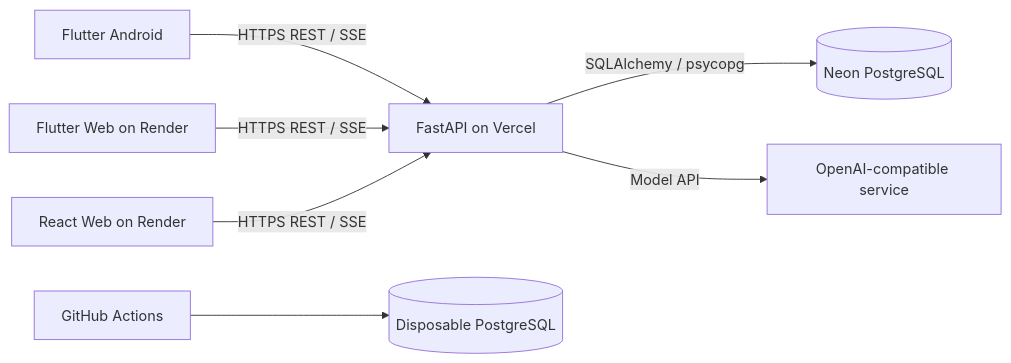
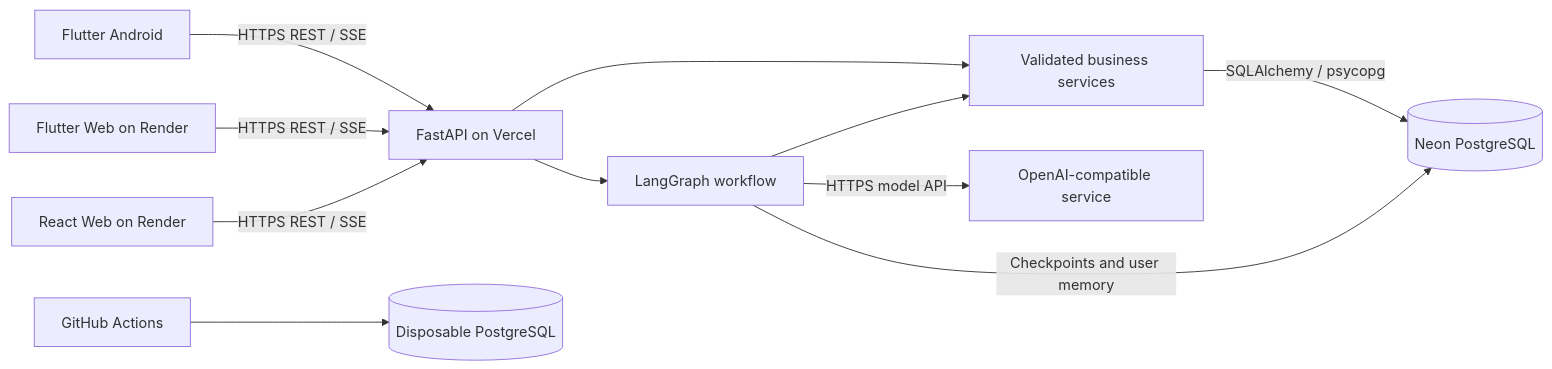
The diagram in README.md (syan349/sayfridge), drawn with Mermaid before and after one commit. The commit also changed other lines of this file and 5 other files, not shown here.

````diff
--- a/README.md
+++ b/README.md
@@ -74,9 +120,13 @@
 ```mermaid
 flowchart LR
     Android[Flutter Android] -->|HTTPS REST / SSE| API[FastAPI on Vercel]
     MobileWeb[Flutter Web on Render] -->|HTTPS REST / SSE| API
     Web[React Web on Render] -->|HTTPS REST / SSE| API
-    API -->|SQLAlchemy / psycopg| DB[(Neon PostgreSQL)]
-    API -->|Model API| AI[OpenAI-compatible service]
+    API --> Services[Validated business services]
+    Services -->|SQLAlchemy / psycopg| DB[(Neon PostgreSQL)]
+    API --> Agent[LangGraph workflow]
+    Agent --> Services
+    Agent -->|HTTPS model API| AI[OpenAI-compatible service]
+    Agent -->|Checkpoints and user memory| DB
     CI[GitHub Actions] --> TestDB[(Disposable PostgreSQL)]
 ```
````
